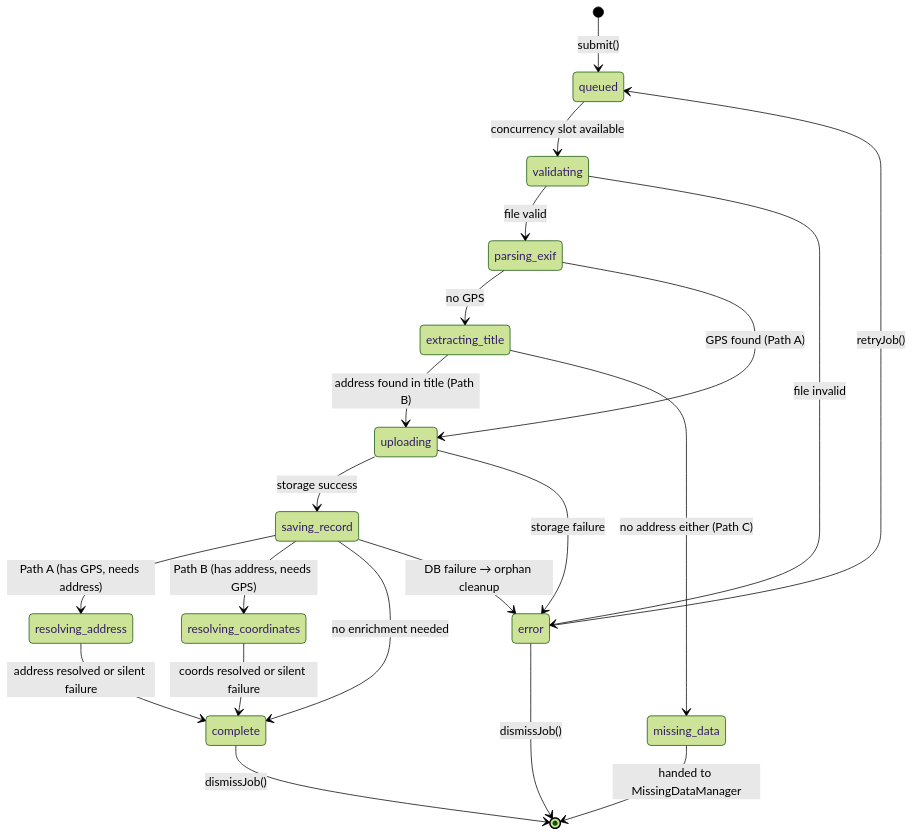
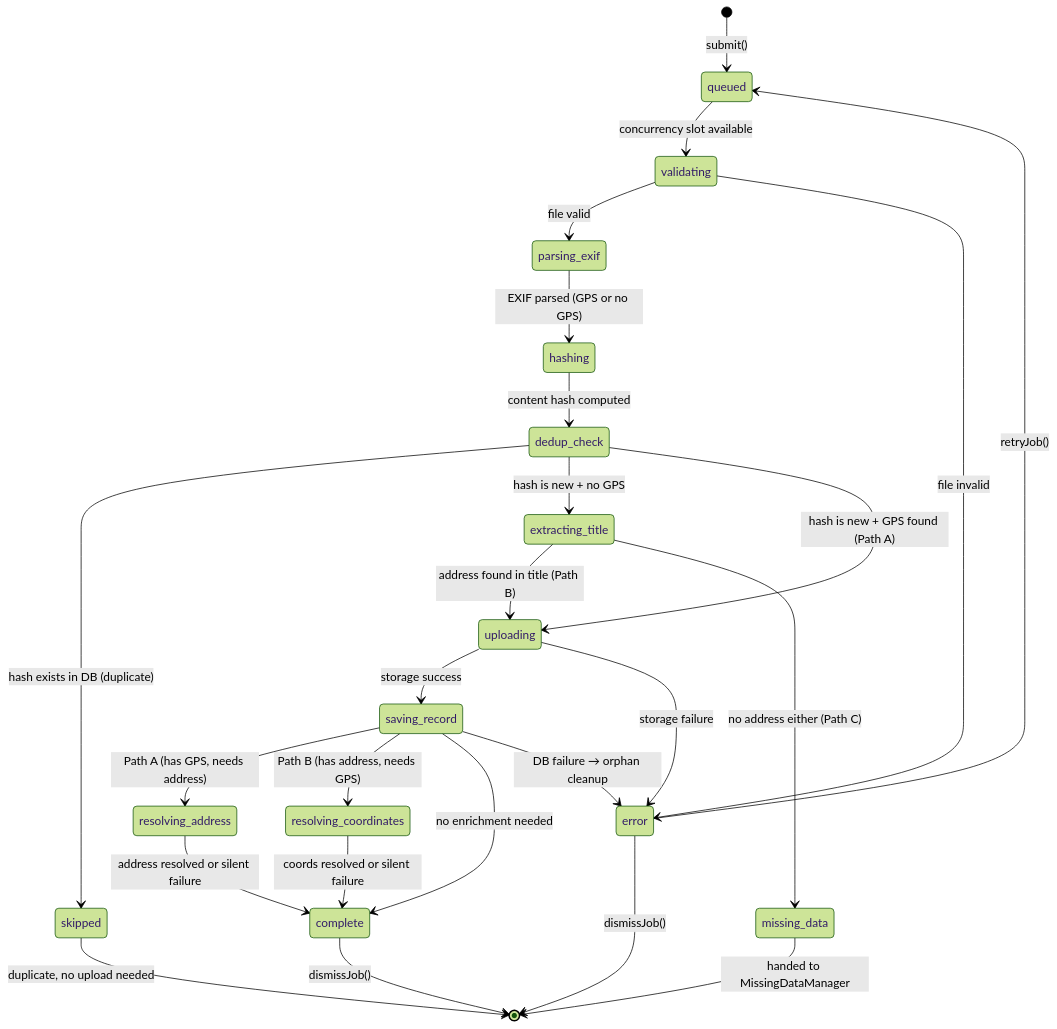
Before and after one commit to matkleve/feldpost: the second of 9 diagrams in docs/element-specs/upload-manager.md, drawn with Mermaid (forest theme). The commit also changed other lines of this file and 4 other files, not shown here.

````diff
--- a/docs/element-specs/upload-manager.md
+++ b/docs/element-specs/upload-manager.md
@@ -174,31 +239,38 @@
 ```mermaid
 stateDiagram-v2
   [*] --> queued : submit()
 
   queued --> validating : concurrency slot available
   validating --> parsing_exif : file valid
   validating --> error : file invalid
 
-  parsing_exif --> extracting_title : no GPS
-  parsing_exif --> uploading : GPS found (Path A)
+  parsing_exif --> hashing : EXIF parsed (GPS or no GPS)
+
+  hashing --> dedup_check : content hash computed
+
+  dedup_check --> skipped : hash exists in DB (duplicate)
+  dedup_check --> extracting_title : hash is new + no GPS
+  dedup_check --> uploading : hash is new + GPS found (Path A)
 
   extracting_title --> uploading : address found in title (Path B)
   extracting_title --> missing_data : no address either (Path C)
 
   uploading --> saving_record : storage success
   uploading --> error : storage failure
 
   saving_record --> resolving_address : Path A (has GPS, needs address)
   saving_record --> resolving_coordinates : Path B (has address, needs GPS)
   saving_record --> complete : no enrichment needed
   saving_record --> error : DB failure → orphan cleanup
 
   resolving_address --> complete : address resolved or silent failure
   resolving_coordinates --> complete : coords resolved or silent failure
 
   missing_data --> [*] : handed to MissingDataManager
 
+  skipped --> [*] : duplicate, no upload needed
+
   error --> queued : retryJob()
   error --> [*] : dismissJob()
   complete --> [*] : dismissJob()
 ```
````
